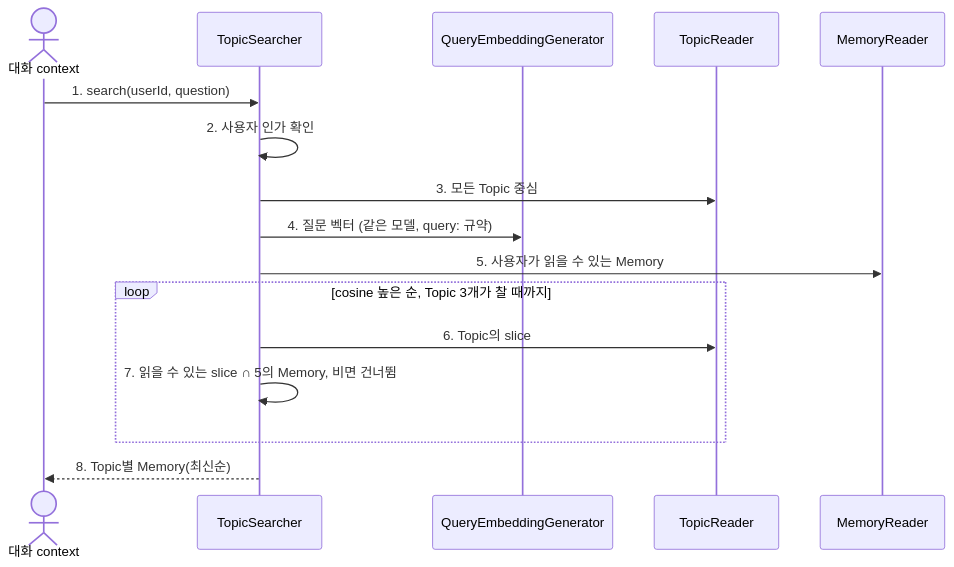
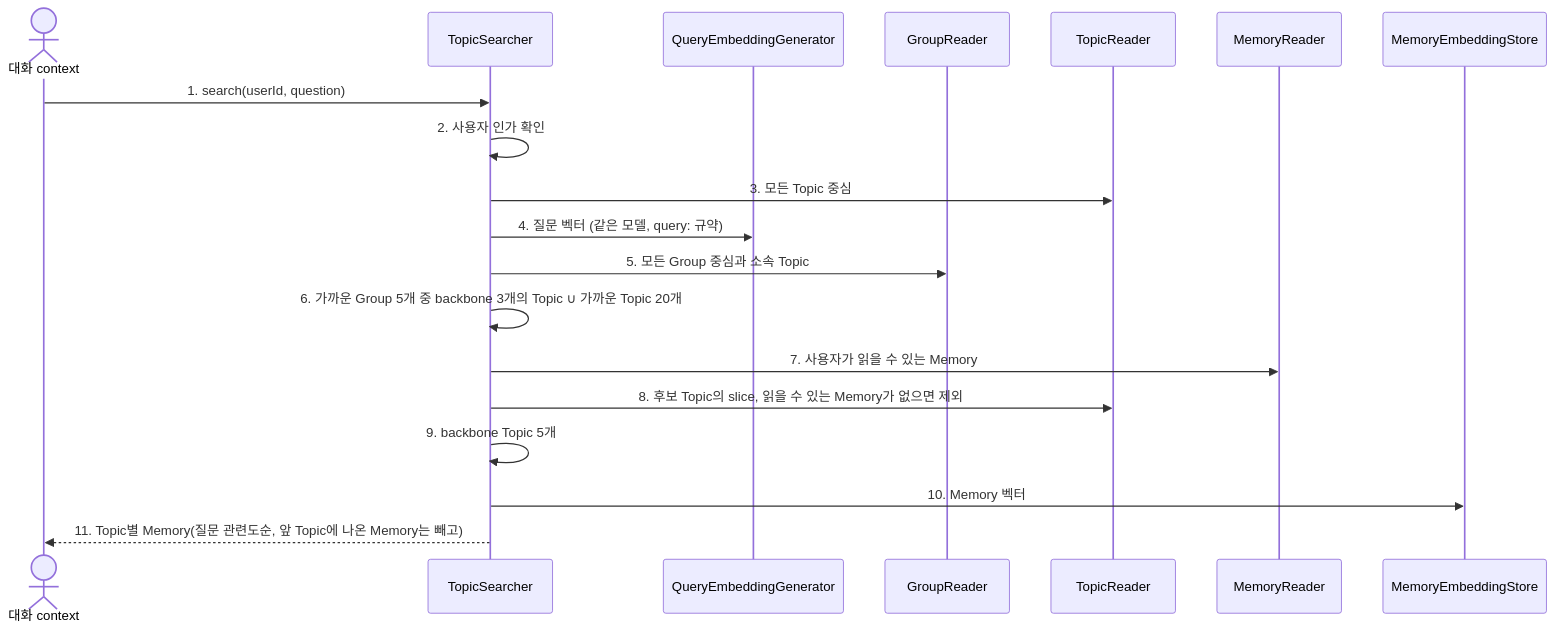
The second of 2 diagrams in application/src/main/kotlin/com/homeassistant/application/usecase/topic/README.md (magenta1223/home_assistant), drawn with Mermaid before and after one commit. The commit also changed other lines of this file and 17 other files, not shown here.

First line of the commit message:
feat: search through groups with xMemory backbone selection

````diff
--- a/application/src/main/kotlin/com/homeassistant/application/usecase/topic/README.md
+++ b/application/src/main/kotlin/com/homeassistant/application/usecase/topic/README.md
@@ -67,18 +66,21 @@
 ```mermaid
 sequenceDiagram
     actor Caller as 대화 context
     participant Search as TopicSearcher
     participant Query as QueryEmbeddingGenerator
+    participant Groups as GroupReader
     participant Topics as TopicReader
     participant Memories as MemoryReader
+    participant Vectors as MemoryEmbeddingStore
     Caller->>Search: 1. search(userId, question)
     Search->>Search: 2. 사용자 인가 확인
     Search->>Topics: 3. 모든 Topic 중심
     Search->>Query: 4. 질문 벡터 (같은 모델, query: 규약)
-    Search->>Memories: 5. 사용자가 읽을 수 있는 Memory
-    loop cosine 높은 순, Topic 3개가 찰 때까지
-        Search->>Topics: 6. Topic의 slice
-        Search->>Search: 7. 읽을 수 있는 slice ∩ 5의 Memory, 비면 건너뜀
-    end
-    Search-->>Caller: 8. Topic별 Memory(최신순)
+    Search->>Groups: 5. 모든 Group 중심과 소속 Topic
+    Search->>Search: 6. 가까운 Group 5개 중 backbone 3개의 Topic ∪ 가까운 Topic 20개
+    Search->>Memories: 7. 사용자가 읽을 수 있는 Memory
+    Search->>Topics: 8. 후보 Topic의 slice, 읽을 수 있는 Memory가 없으면 제외
+    Search->>Search: 9. backbone Topic 5개
+    Search->>Vectors: 10. Memory 벡터
+    Search-->>Caller: 11. Topic별 Memory(질문 관련도순, 앞 Topic에 나온 Memory는 빼고)
 ```
````
